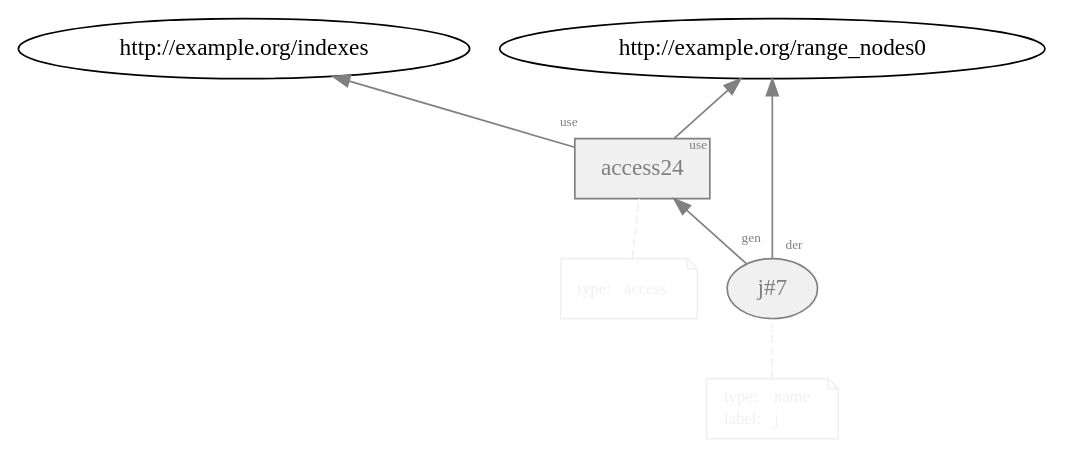
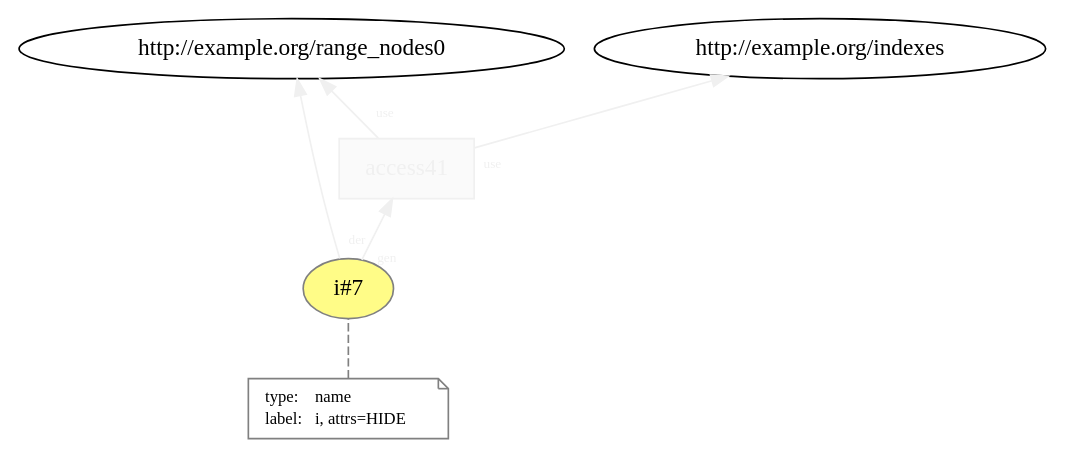
One commit to dew-uff/versioned-prov changed the diagram in images/prov_dictionary/temp/L14__loop_access_7.dot. Above: the diagram before and after it, drawn with Graphviz. The commit also changed 1625 other files, not shown here.

```diff
--- a/images/prov_dictionary/temp/L14__loop_access_7.dot
+++ b/images/prov_dictionary/temp/L14__loop_access_7.dot
@@ -1,26 +1,19 @@
 digraph "PROV" { size="16,12"; rankdir="BT";
-"http://example.org/j#7" [fillcolor="#F0F0F0",color="gray",style="filled",label="j#7",URL="http://example.org/j#7",fontcolor="gray"]
-"-attrs0" [color="#F0F0F0",shape="note",fontsize="10",fontcolor="black",label=<<TABLE cellpadding="0" border="0">
+"http://example.org/i#7" [fillcolor="#FFFC87",color="#808080",style="filled",label="i#7",URL="http://example.org/i#7"]
+"-attrs0" [color="gray",shape="note",fontsize="10",fontcolor="black",label=<<TABLE cellpadding="0" border="0">
 	<TR>
-	    <TD align="left"><font color="#F0F0F0">type:</font></TD>
-	    <TD align="left"><font color="#F0F0F0">name</font></TD>
+	    <TD align="left">type:</TD>
+	    <TD align="left">name</TD>
 	</TR>
 	<TR>
-	    <TD align="left"><font color="#F0F0F0">label:</font></TD>
-	    <TD align="left"><font color="#F0F0F0">j</font></TD>
+	    <TD align="left">label:</TD>
+	    <TD align="left">i, attrs=HIDE</TD>
 	</TR>
 </TABLE>>]
-"-attrs0" -> "http://example.org/j#7" [color="#F0F0F0",style="dashed",arrowhead="none"]
-"http://example.org/access24" [fillcolor="#F0F0F0",color="gray",shape="polygon",sides="4",style="filled",label="access24",URL="http://example.org/access24",fontcolor="gray"]
-"-attrs1" [color="#F0F0F0",shape="note",fontsize="10",fontcolor="black",label=<<TABLE cellpadding="0" border="0">
-	<TR>
-	    <TD align="left"><font color="#F0F0F0">type:</font></TD>
-	    <TD align="left"><font color="#F0F0F0">access</font></TD>
-	</TR>
-</TABLE>>]
-"-attrs1" -> "http://example.org/access24" [color="#F0F0F0",style="dashed",arrowhead="none"]
-"http://example.org/access24" -> "http://example.org/range_nodes0" [labelfontsize="8",labeldistance="1.5",labelangle="60.0",rotation="20",taillabel="use",fontcolor="gray",color="gray"]
-"http://example.org/j#7" -> "http://example.org/range_nodes0" [labelfontsize="8",labeldistance="1.5",labelangle="60.0",rotation="20",taillabel="der",fontcolor="gray",color="gray"]
-"http://example.org/j#7" -> "http://example.org/access24" [labelfontsize="8",labeldistance="1.5",labelangle="60.0",rotation="20",taillabel="gen",fontcolor="gray",color="gray"]
-"http://example.org/access24" -> "http://example.org/indexes" [labelfontsize="8",labeldistance="1.5",labelangle="60.0",rotation="20",taillabel="use",fontcolor="gray",color="gray"]
+"-attrs0" -> "http://example.org/i#7" [color="gray",style="dashed",arrowhead="none"]
+"http://example.org/access41" [fillcolor="#FAFAFA",color="#F0F0F0",shape="polygon",sides="4",style="filled",fontcolor="#F0F0F0",label="access41",URL="http://example.org/access41"]
+"http://example.org/i#7" -> "http://example.org/range_nodes0" [labelfontsize="8",labeldistance="1.5",labelangle="60.0",rotation="20",taillabel="der",fontcolor="#F0F0F0",color="#F0F0F0"]
+"http://example.org/access41" -> "http://example.org/indexes" [labelfontsize="8",labeldistance="1.5",labelangle="60.0",rotation="20",taillabel="use",fontcolor="#F0F0F0",color="#F0F0F0"]
+"http://example.org/access41" -> "http://example.org/range_nodes0" [labelfontsize="8",labeldistance="1.5",labelangle="60.0",rotation="20",taillabel="use",fontcolor="#F0F0F0",color="#F0F0F0"]
+"http://example.org/i#7" -> "http://example.org/access41" [labelfontsize="8",labeldistance="1.5",labelangle="60.0",rotation="20",taillabel="gen",fontcolor="#F0F0F0",color="#F0F0F0"]
 }
```
